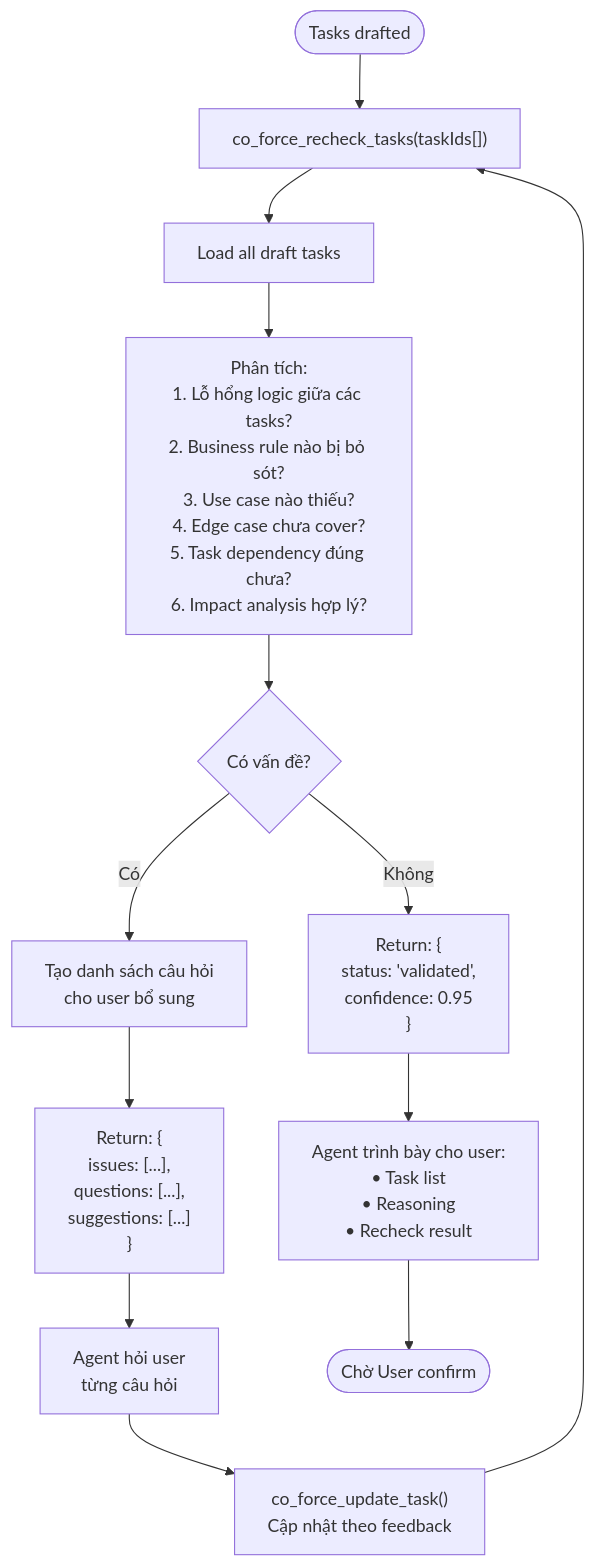
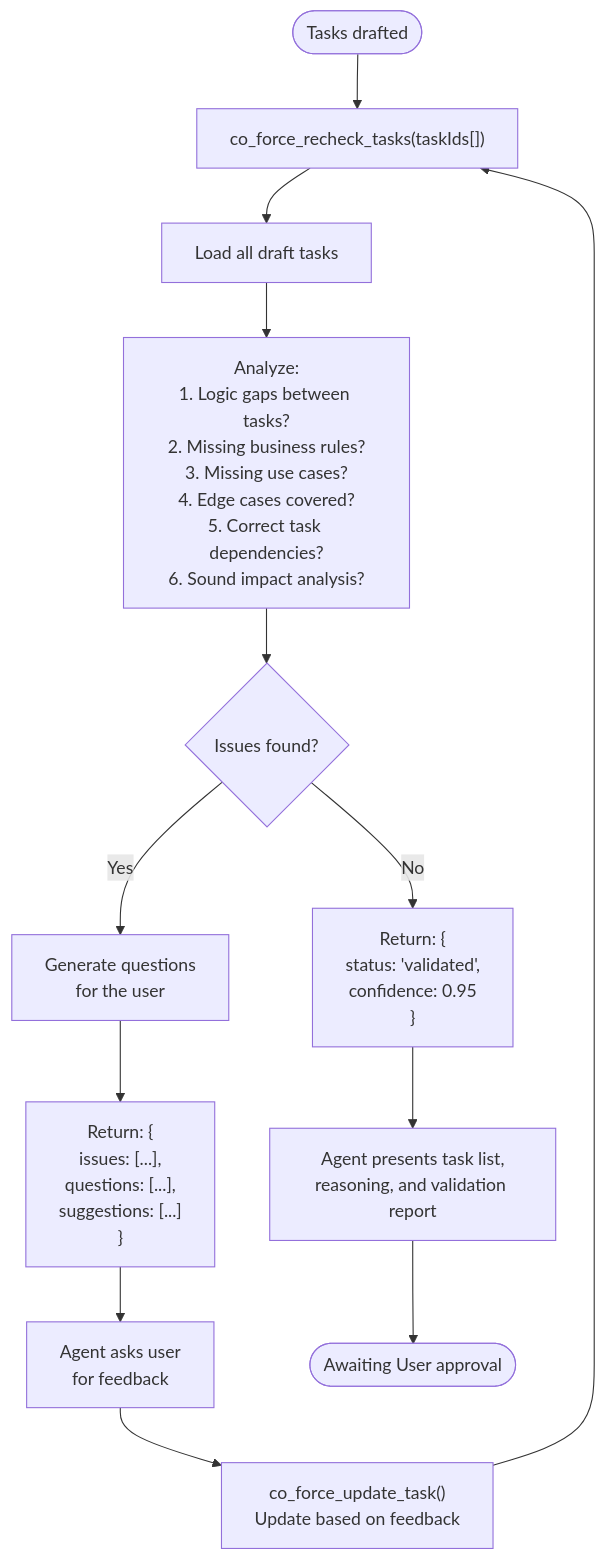
Before and after one commit to hiimtrung/co-force: the eighth of 29 diagrams in docs/URD.md, drawn with Mermaid. The commit also changed other lines of this file and 17 other files, not shown here.

````diff
--- a/docs/URD.md
+++ b/docs/URD.md
@@ -734,19 +669,19 @@
 ```mermaid
 flowchart TD
     Start(["Tasks drafted"]) --> CallRecheck["co_force_recheck_tasks(taskIds[])"]
 
     CallRecheck --> LoadTasks["Load all draft tasks"]
-    LoadTasks --> AnalyzeGaps["Phân tích:<br/>1. Lỗ hổng logic giữa các tasks?<br/>2. Business rule nào bị bỏ sót?<br/>3. Use case nào thiếu?<br/>4. Edge case chưa cover?<br/>5. Task dependency đúng chưa?<br/>6. Impact analysis hợp lý?"]
+    LoadTasks --> AnalyzeGaps["Analyze:<br/>1. Logic gaps between tasks?<br/>2. Missing business rules?<br/>3. Missing use cases?<br/>4. Edge cases covered?<br/>5. Correct task dependencies?<br/>6. Sound impact analysis?"]
 
-    AnalyzeGaps --> HasIssues{Có vấn đề?}
+    AnalyzeGaps --> HasIssues{Issues found?}
 
-    HasIssues -->|Có| GenerateQuestions["Tạo danh sách câu hỏi<br/>cho user bổ sung"]
-    GenerateQuestions --> ReturnIssues["Return: {<br/>  issues: [...],<br/>  questions: [...],<br/>  suggestions: [...]<br/>}"]
-    ReturnIssues --> AskUser["Agent hỏi user<br/>từng câu hỏi"]
-    AskUser --> UpdateTasks["co_force_update_task()<br/>Cập nhật theo feedback"]
+    HasIssues -->|Yes| GenerateQuestions["Generate questions<br/>for the user"]
+    GenerateQuestions --> ReturnIssues["Return: {<br/>  issues: [...],<br/>  questions: [...],<br/>  suggestions: [...]<br>}"]
+    ReturnIssues --> AskUser["Agent asks user<br/>for feedback"]
+    AskUser --> UpdateTasks["co_force_update_task()<br/>Update based on feedback"]
     UpdateTasks --> CallRecheck
 
-    HasIssues -->|Không| Approved["Return: {<br/>  status: 'validated',<br/>  confidence: 0.95<br/>}"]
-    Approved --> PresentUser["Agent trình bày cho user:<br/>• Task list<br/>• Reasoning<br/>• Recheck result"]
-    PresentUser --> End([Chờ User confirm])
+    HasIssues -->|No| Approved["Return: {<br/>  status: 'validated',<br/>  confidence: 0.95<br>}"]
+    Approved --> PresentUser["Agent presents task list,<br/>reasoning, and validation report"]
+    PresentUser --> End([Awaiting User approval])
 ```
````
